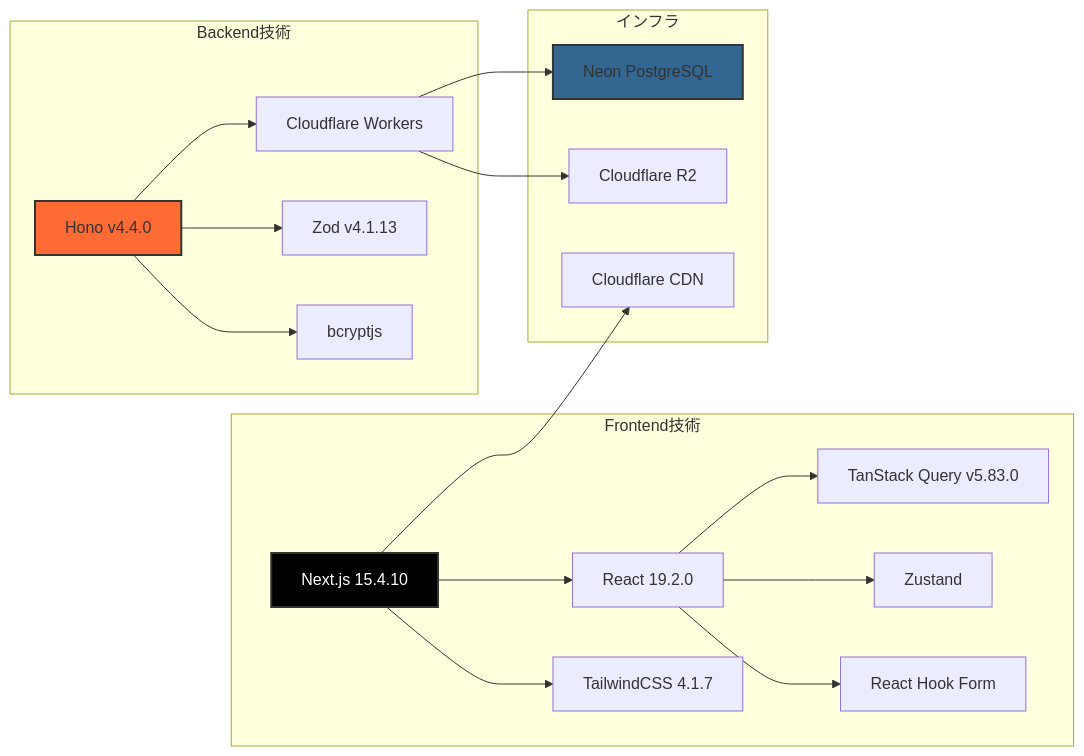
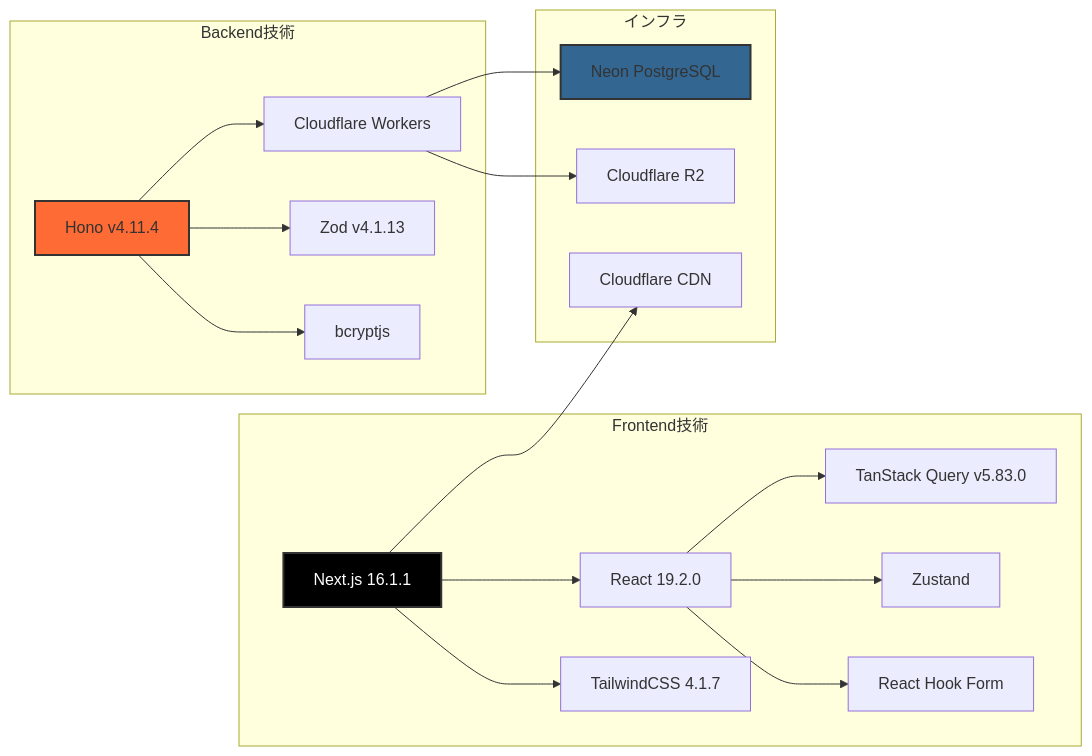
The third of 3 diagrams in readme.md (ProjectEuropa/Europa), drawn with Mermaid before and after one commit. The commit also changed other lines of this file, not shown here.

Commit message:
docs: Mermaid図内のバージョン番号を更新
- Hono v4.4.0 → v4.11.4 (システム構成図、技術スタック詳細図)
- Next.js 15.4.10 → 16.1.1 (技術スタック詳細図)

````diff
--- a/readme.md
+++ b/readme.md
@@ -230,42 +230,42 @@
 ```mermaid
 graph LR
     subgraph "Frontend技術"
-        NextJS[Next.js 15.4.10]
+        NextJS[Next.js 16.1.1]
         React[React 19.2.0]
         TailwindCSS[TailwindCSS 4.1.7]
         TanStack[TanStack Query v5.83.0]
         Zustand[Zustand]
         RHF[React Hook Form]
     end
 
     subgraph "Backend技術"
-        Hono[Hono v4.4.0]
+        Hono[Hono v4.11.4]
         Workers[Cloudflare Workers]
         Zod[Zod v4.1.13]
         Bcrypt[bcryptjs]
     end
 
     subgraph "インフラ"
         Neon[Neon PostgreSQL]
         R2[Cloudflare R2]
         CF[Cloudflare CDN]
     end
 
     NextJS --> React
     NextJS --> TailwindCSS
     React --> TanStack
     React --> Zustand
     React --> RHF
 
     Hono --> Workers
     Hono --> Zod
     Hono --> Bcrypt
 
     Workers --> Neon
     Workers --> R2
     NextJS --> CF
 
     style NextJS fill:#000,color:#fff,stroke:#333,stroke-width:2px
     style Hono fill:#ff6b35,stroke:#333,stroke-width:2px
     style Neon fill:#336791,stroke:#333,stroke-width:2px
 ```
````
